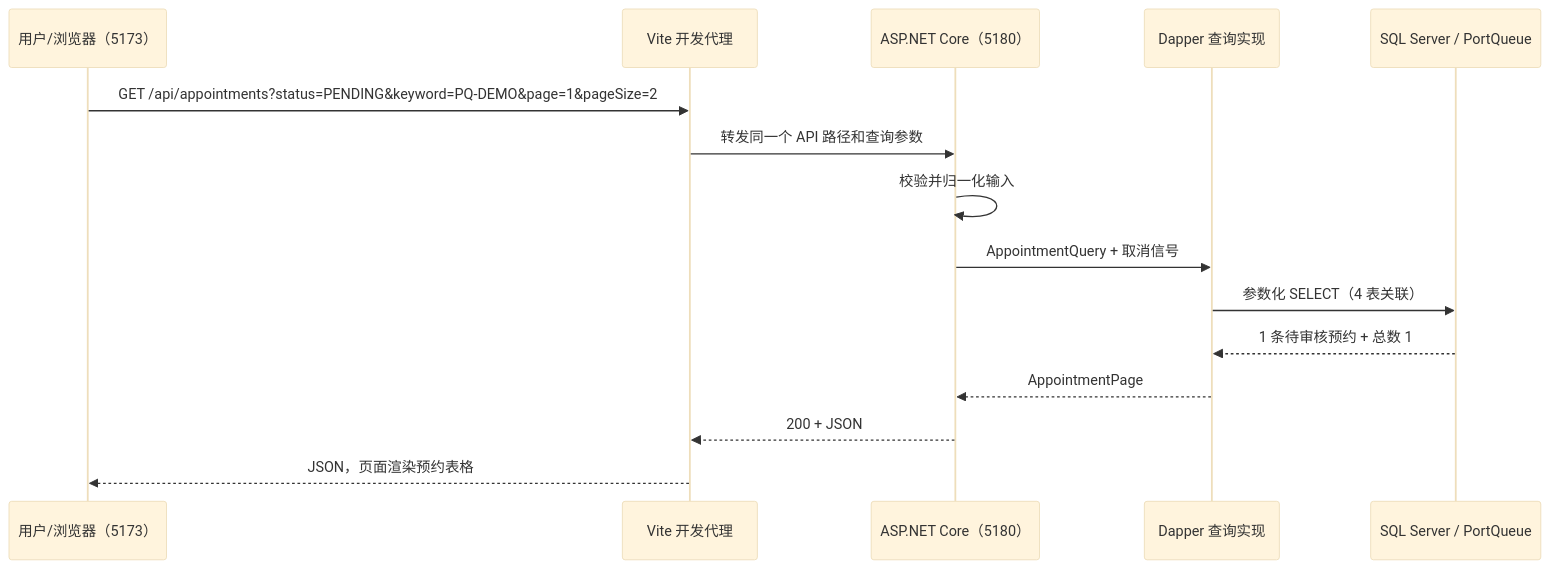
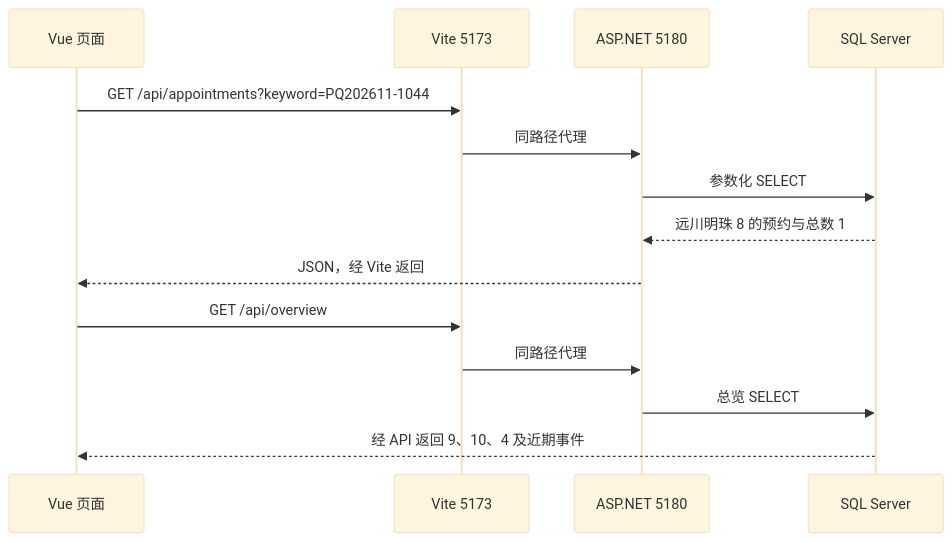
One commit to xiyue188/PortQueue changed the diagram in docs/stages/stage-2-delivery-guide.md. Above: the diagram before and after it, drawn with Mermaid (base theme). The commit also changed other lines of this file and 9 other files, not shown here.

````diff
--- a/docs/stages/stage-2-delivery-guide.md
+++ b/docs/stages/stage-2-delivery-guide.md
@@ -89,17 +56,16 @@
 ```mermaid
 sequenceDiagram
-    participant U as 用户/浏览器（5173）
-    participant V as Vite 开发代理
-    participant A as ASP.NET Core（5180）
-    participant Q as Dapper 查询实现
-    participant D as SQL Server / PortQueue
-    U->>V: GET /api/appointments?status=PENDING&keyword=PQ-DEMO&page=1&pageSize=2
-    V->>A: 转发同一个 API 路径和查询参数
-    A->>A: 校验并归一化输入
-    A->>Q: AppointmentQuery + 取消信号
-    Q->>D: 参数化 SELECT（4 表关联）
-    D-->>Q: 1 条待审核预约 + 总数 1
-    Q-->>A: AppointmentPage
-    A-->>V: 200 + JSON
-    V-->>U: JSON，页面渲染预约表格
+    participant U as Vue 页面
+    participant V as Vite 5173
+    participant A as ASP.NET 5180
+    participant D as SQL Server
+    U->>V: GET /api/appointments?keyword=PQ202611-1044
+    V->>A: 同路径代理
+    A->>D: 参数化 SELECT
+    D-->>A: 远川明珠 8 的预约与总数 1
+    A-->>U: JSON，经 Vite 返回
+    U->>V: GET /api/overview
+    V->>A: 同路径代理
+    A->>D: 总览 SELECT
+    D-->>U: 经 API 返回 9、10、4 及近期事件
 ```
````
